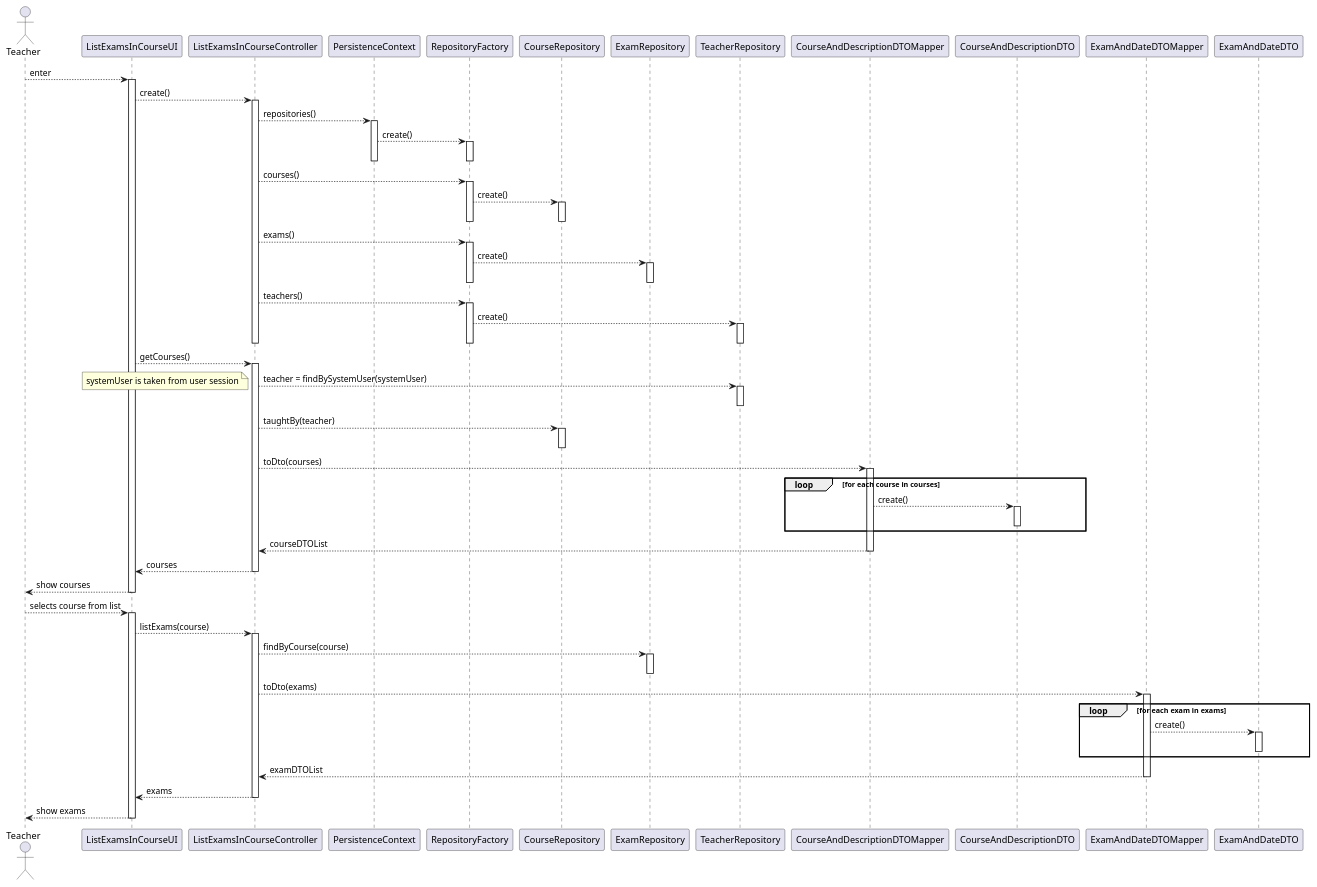
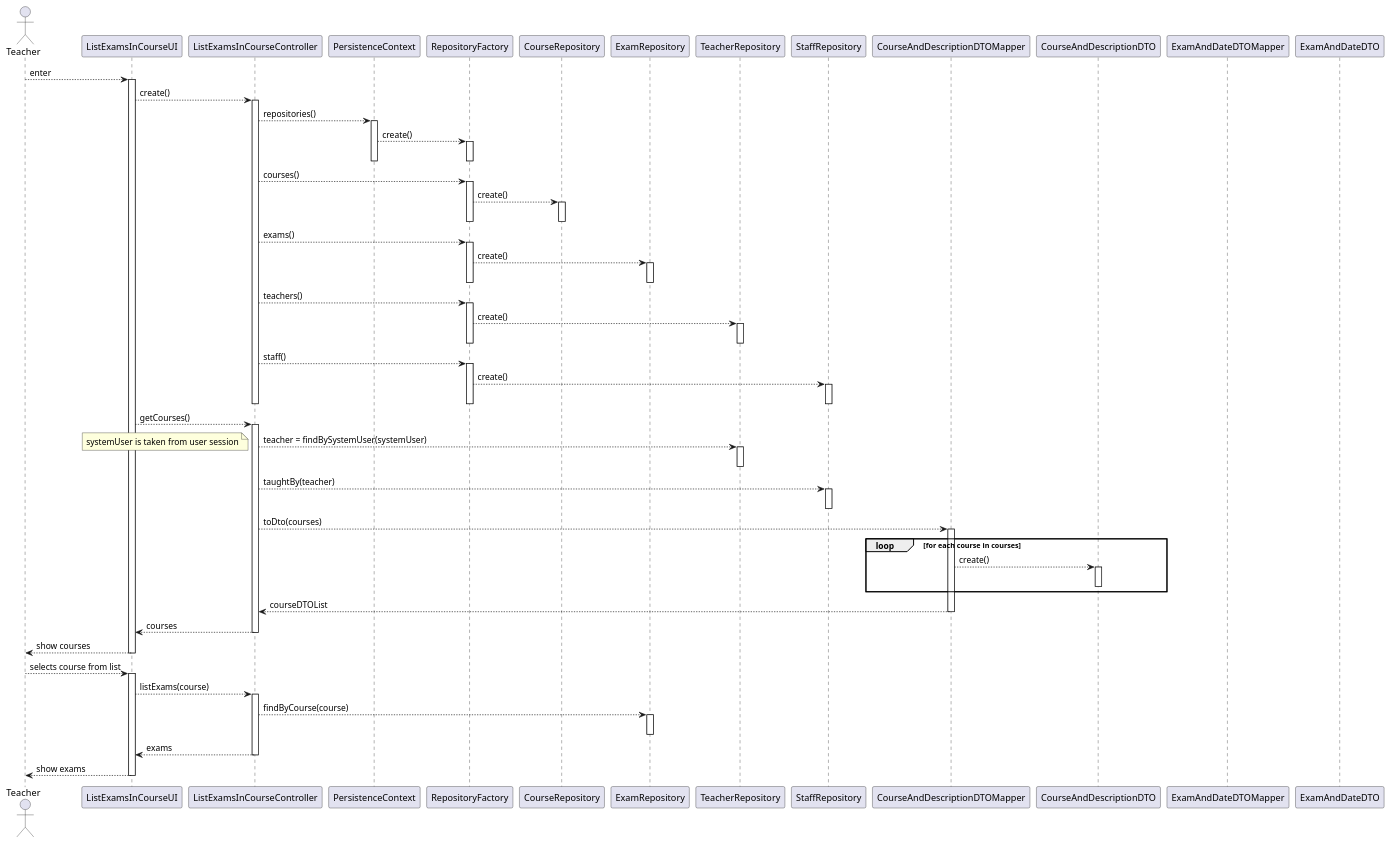
The diagram in docs/us_2003/sd.puml (jovami/isep-lapr4), drawn with PlantUML before and after one commit. The commit also changed 1 other file, not shown here.

```diff
--- a/docs/us_2003/sd.puml
+++ b/docs/us_2003/sd.puml
@@ -1,101 +1,99 @@
 @startuml
 
 actor Teacher as user
 participant ListExamsInCourseUI as ui
 participant ListExamsInCourseController as ctrl
 
 participant PersistenceContext as ctx
 participant RepositoryFactory as rep_fac
 participant CourseRepository as course_repo
 participant ExamRepository as exam_repo
 participant TeacherRepository as teacher_repo
+participant StaffRepository as staff_repo
 
 participant CourseAndDescriptionDTOMapper as course_mapper
 participant CourseAndDescriptionDTO as course_dto
 
 participant ExamAndDateDTOMapper as exam_mapper
 participant ExamAndDateDTO as exam_dto
 
 user --> ui: enter
 activate ui
 ui --> ctrl: create()
     activate ctrl
         ctrl --> ctx: repositories()
         activate ctx
             ctx --> rep_fac: create()
             activate rep_fac
             deactivate rep_fac
         deactivate ctx
 
         ctrl --> rep_fac: courses()
         activate rep_fac
             rep_fac --> course_repo: create()
             activate course_repo
             deactivate course_repo
         deactivate rep_fac
 
         ctrl --> rep_fac : exams()
         activate rep_fac
             rep_fac --> exam_repo: create()
             activate exam_repo
             deactivate exam_repo
         deactivate rep_fac
 
         ctrl --> rep_fac: teachers()
         activate rep_fac
             rep_fac --> teacher_repo: create()
             activate teacher_repo
             deactivate teacher_repo
         deactivate rep_fac
+
+        ctrl --> rep_fac: staff()
+        activate rep_fac
+            rep_fac --> staff_repo: create()
+            activate staff_repo
+            deactivate staff_repo
+        deactivate rep_fac
     deactivate ctrl
 
     ui --> ctrl: getCourses()
     activate ctrl
         ctrl --> teacher_repo: teacher = findBySystemUser(systemUser)
         activate teacher_repo
         note bottom: systemUser is taken from user session
         deactivate teacher_repo
 
-        ctrl --> course_repo: taughtBy(teacher)
+        ctrl --> staff_repo: taughtBy(teacher)
 
-        activate course_repo
-        deactivate course_repo
+        activate staff_repo
+        deactivate staff_repo
 
         ctrl --> course_mapper: toDto(courses)
         activate course_mapper
             loop for each course in courses
                 course_mapper --> course_dto: create()
                 activate course_dto
                 deactivate course_dto
             end loop
             course_mapper --> ctrl: courseDTOList
         deactivate course_mapper
         ctrl --> ui: courses
 
     deactivate ctrl
     ui --> user: show courses
 deactivate ui
 
 user --> ui: selects course from list
 activate ui
     ui --> ctrl: listExams(course)
     activate ctrl
         ctrl --> exam_repo: findByCourse(course)
         activate exam_repo
         deactivate exam_repo
-
-        ctrl --> exam_mapper: toDto(exams)
-        activate exam_mapper
-            loop for each exam in exams
-                exam_mapper --> exam_dto: create()
-                activate exam_dto
-                deactivate exam_dto
-            end loop
-            exam_mapper --> ctrl: examDTOList
-        deactivate exam_mapper
         ctrl --> ui: exams
     deactivate ctrl
     ui --> user: show exams
 deactivate ui
 
 @enduml
```
